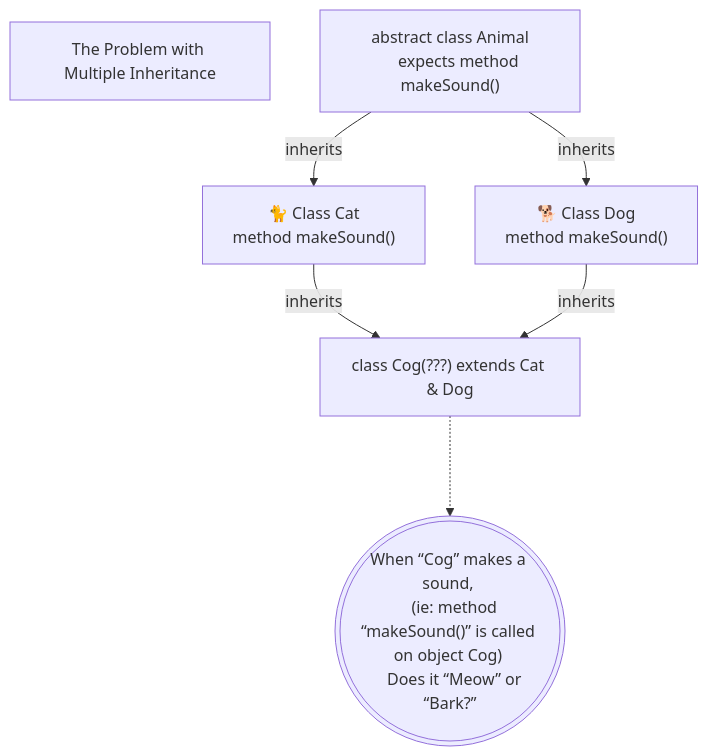
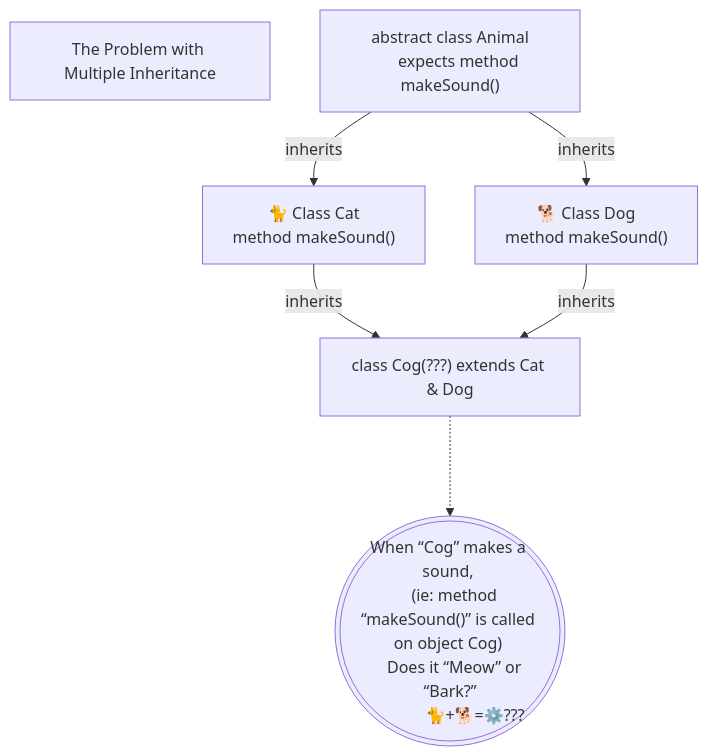
One commit to realityexpander/How_to_program_from_ground_up changed the sixth of 6 diagrams in 09-ClassOrientedProgramming.md. Above: the diagram before and after it, drawn with Mermaid.

Commit message:
improve formatting

````diff
--- a/09-ClassOrientedProgramming.md
+++ b/09-ClassOrientedProgramming.md
@@ -713,17 +713,19 @@
     ```mermaid
       flowchart TD
          X["The Problem with Multiple Inheritance"]
          Animal["
            abstract class Animal
            expects method makeSound()
          "] -->|inherits| Cat["🐈 Class Cat
             method makeSound()
          "] & Dog["🐕 Class Dog
              method makeSound()
          "]-->|inherits| Cog???["class Cog(???) extends Cat & Dog"]
       
          Cog??? -..-> Y((("
          When “Cog” makes a sound, 
          (ie: method “makeSound()” is called on object Cog) 
-         Does it “Meow” or “Bark?”"))) 
+         Does it “Meow” or “Bark?”
+                  🐈+🐕=⚙️???
+         "))) 
       ```
````
